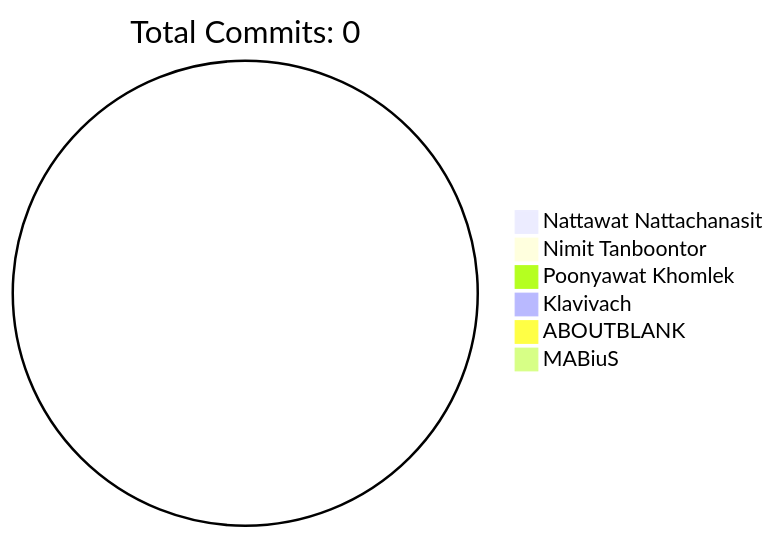
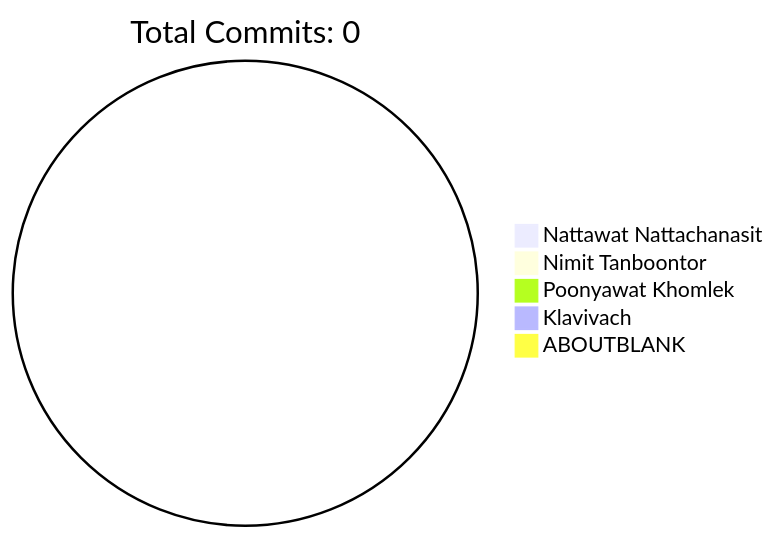
One commit to HLLC-MFU/HLLC-2025 changed the diagram in README.md. Above: the diagram before and after it, drawn with Mermaid. The commit also changed other lines of this file and 2 other files, not shown here.

````diff
--- a/README.md
+++ b/README.md
@@ -191,10 +170,9 @@
 ```mermaid
 pie
     title Total Commits: 0
     "Nattawat Nattachanasit" : 0
     "Nimit Tanboontor" : 0
     "Poonyawat Khomlek" : 0
     "Klavivach" : 0
     "ABOUTBLANK" : 0
-    "MABiuS" : 0
 ```
````
